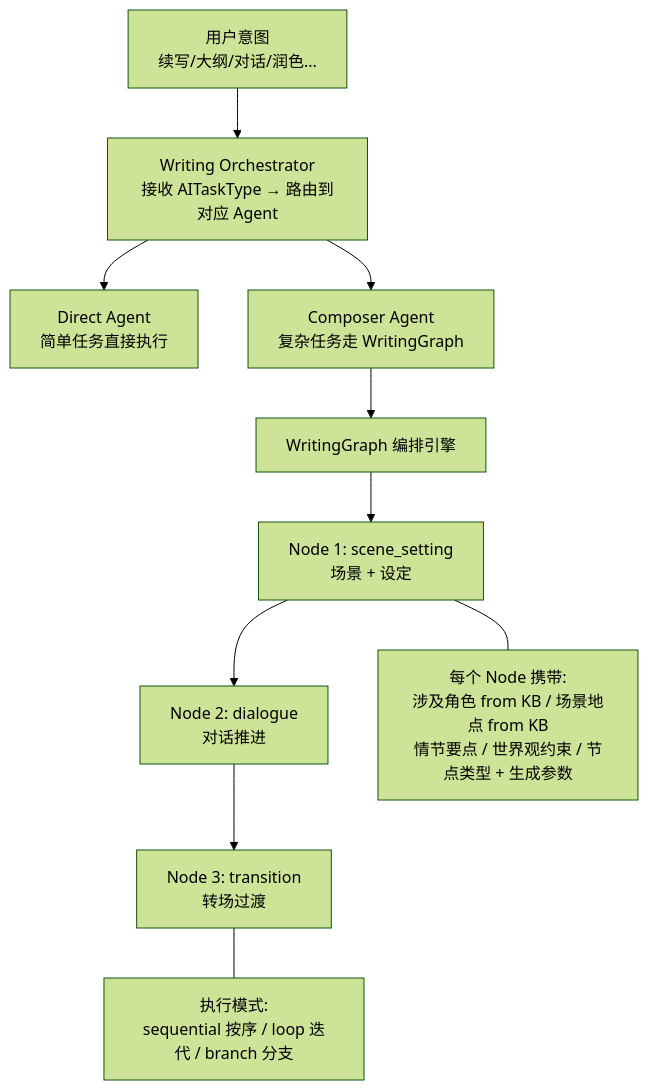
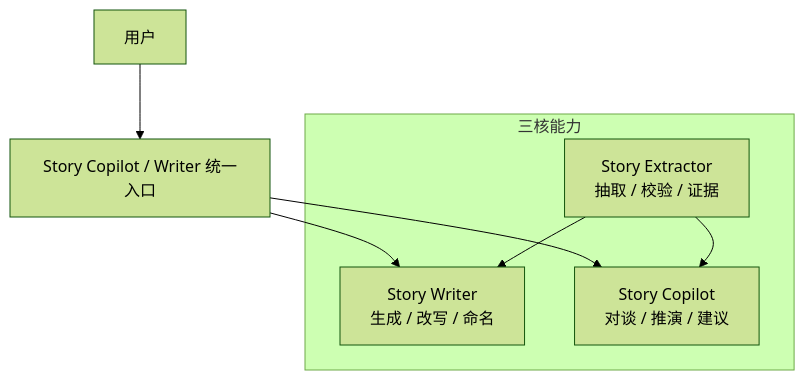
The eighth of 8 diagrams in design/AI_SYSTEM.md (12bitsD/bitsNovels), drawn with Mermaid (forest theme) before and after one commit. The commit also changed other lines of this file and 48 other files, not shown here.

````diff
--- a/design/AI_SYSTEM.md
+++ b/design/AI_SYSTEM.md
@@ -349,30 +362,18 @@
 ```mermaid
 graph TB
-    intent["用户意图<br>续写/大纲/对话/润色..."]
-    orchestrator["Writing Orchestrator<br>接收 AITaskType → 路由到对应 Agent"]
+    user["用户"]
+    entry["Story Copilot / Writer 统一入口"]
 
-    intent --> orchestrator
+    user --> entry
 
-    orchestrator --> direct
-    orchestrator --> composer
+    subgraph Core["三核能力"]
+        extractor["Story Extractor<br>抽取 / 校验 / 证据"]
+        writer["Story Writer<br>生成 / 改写 / 命名"]
+        copilot["Story Copilot<br>对谈 / 推演 / 建议"]
+    end
 
-    direct["Direct Agent<br>简单任务直接执行"]
-    composer["Composer Agent<br>复杂任务走 WritingGraph"]
-
-    graphEngine["WritingGraph 编排引擎"]
-    composer --> graphEngine
-
-    node1["Node 1: scene_setting<br>场景 + 设定"]
-    node2["Node 2: dialogue<br>对话推进"]
-    node3["Node 3: transition<br>转场过渡"]
-
-    graphEngine --> node1
-    node1 --> node2
-    node2 --> node3
-
-    node_meta["每个 Node 携带:<br>涉及角色 from KB / 场景地点 from KB<br>情节要点 / 世界观约束 / 节点类型 + 生成参数"]
-    node1 --- node_meta
-
-    node_mode["执行模式:<br>sequential 按序 / loop 迭代 / branch 分支"]
-    node3 --- node_mode
+    entry --> writer
+    entry --> copilot
+    extractor --> copilot
+    extractor --> writer
 ```
````
